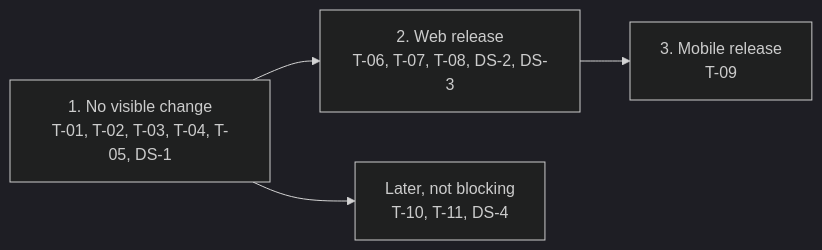
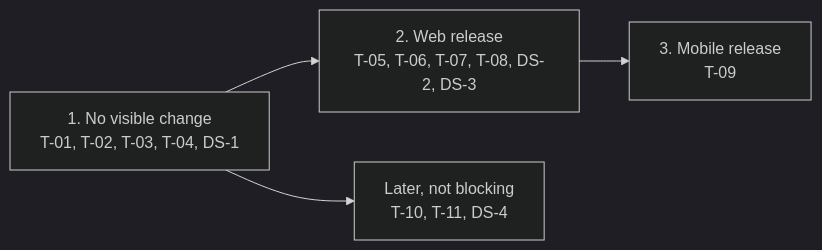
Before and after one commit to linagora/tmail-flutter: the diagram in docs/adr/0114-delegated-mailbox-access.md, drawn with Mermaid (dark theme). The commit also changed other lines of this file, not shown here.

````diff
--- a/docs/adr/0114-delegated-mailbox-access.md
+++ b/docs/adr/0114-delegated-mailbox-access.md
@@ -131,5 +131,5 @@
 ```mermaid
 flowchart LR
-  S1["1. No visible change<br/>T-01, T-02, T-03, T-04, T-05, DS-1"] --> S2["2. Web release<br/>T-06, T-07, T-08, DS-2, DS-3"] --> S3["3. Mobile release<br/>T-09"]
+  S1["1. No visible change<br/>T-01, T-02, T-03, T-04, DS-1"] --> S2["2. Web release<br/>T-05, T-06, T-07, T-08, DS-2, DS-3"] --> S3["3. Mobile release<br/>T-09"]
   S1 --> S4["Later, not blocking<br/>T-10, T-11, DS-4"]
 ```
````
